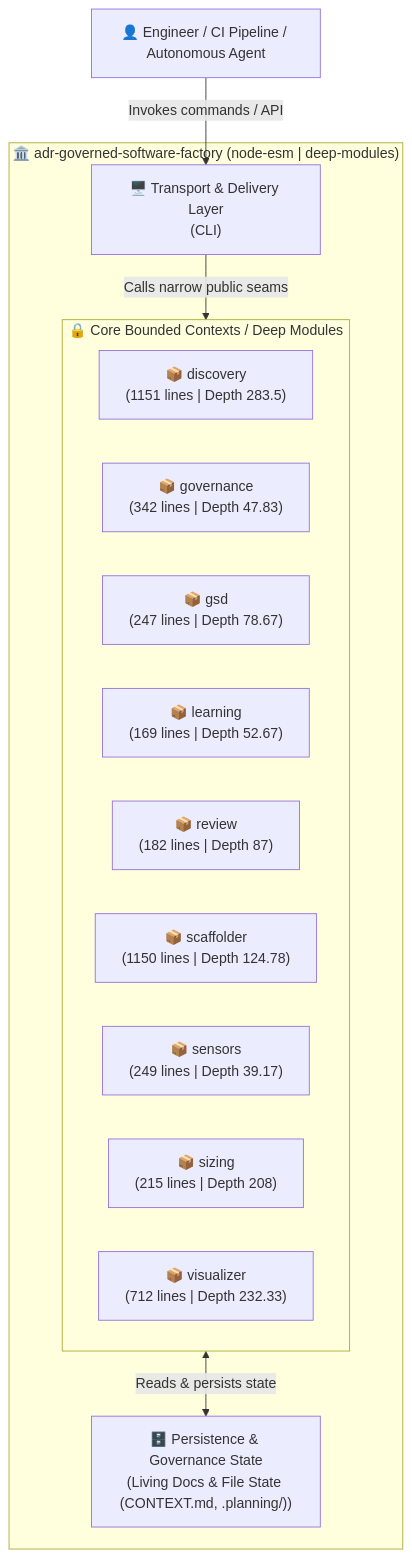
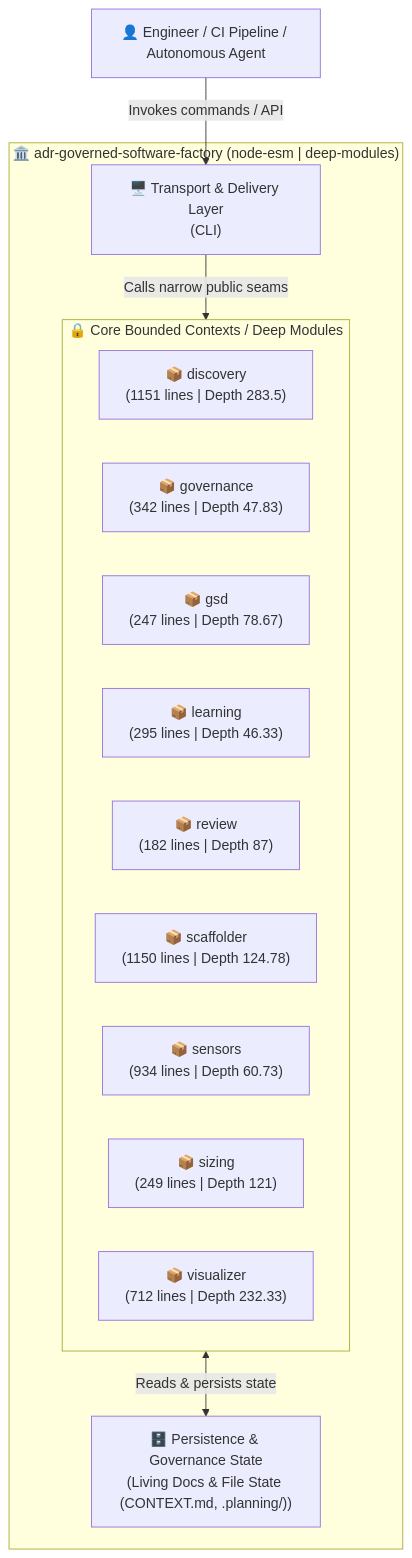
One commit to bpoti001/software-factory changed the first of 5 diagrams in docs/architecture/VISUAL_ARCHITECTURE.md. Above: the diagram before and after it, drawn with Mermaid. The commit also changed other lines of this file and 29 other files, not shown here.

````diff
--- a/docs/architecture/VISUAL_ARCHITECTURE.md
+++ b/docs/architecture/VISUAL_ARCHITECTURE.md
@@ -12,22 +12,22 @@
 ```mermaid
 flowchart TB
     Actor["👤 Engineer / CI Pipeline / Autonomous Agent"]
     subgraph SystemBoundary["🏛️ adr-governed-software-factory (node-esm | deep-modules)"]
         Transport["🖥️ Transport & Delivery Layer<br/>(CLI)"]
         subgraph CoreModules["🔒 Core Bounded Contexts / Deep Modules"]
         MOD_discovery["📦 discovery<br/>(1151 lines | Depth 283.5)"]
         MOD_governance["📦 governance<br/>(342 lines | Depth 47.83)"]
         MOD_gsd["📦 gsd<br/>(247 lines | Depth 78.67)"]
-        MOD_learning["📦 learning<br/>(169 lines | Depth 52.67)"]
+        MOD_learning["📦 learning<br/>(295 lines | Depth 46.33)"]
         MOD_review["📦 review<br/>(182 lines | Depth 87)"]
         MOD_scaffolder["📦 scaffolder<br/>(1150 lines | Depth 124.78)"]
-        MOD_sensors["📦 sensors<br/>(249 lines | Depth 39.17)"]
-        MOD_sizing["📦 sizing<br/>(215 lines | Depth 208)"]
+        MOD_sensors["📦 sensors<br/>(934 lines | Depth 60.73)"]
+        MOD_sizing["📦 sizing<br/>(249 lines | Depth 121)"]
         MOD_visualizer["📦 visualizer<br/>(712 lines | Depth 232.33)"]
         end
         StateStore["🗄️ Persistence & Governance State<br/>(Living Docs & File State (CONTEXT.md, .planning/))"]
     end
     Actor -->|"Invokes commands / API"| Transport
     Transport -->|"Calls narrow public seams"| CoreModules
     CoreModules <-->|"Reads & persists state"| StateStore
 ```
````
